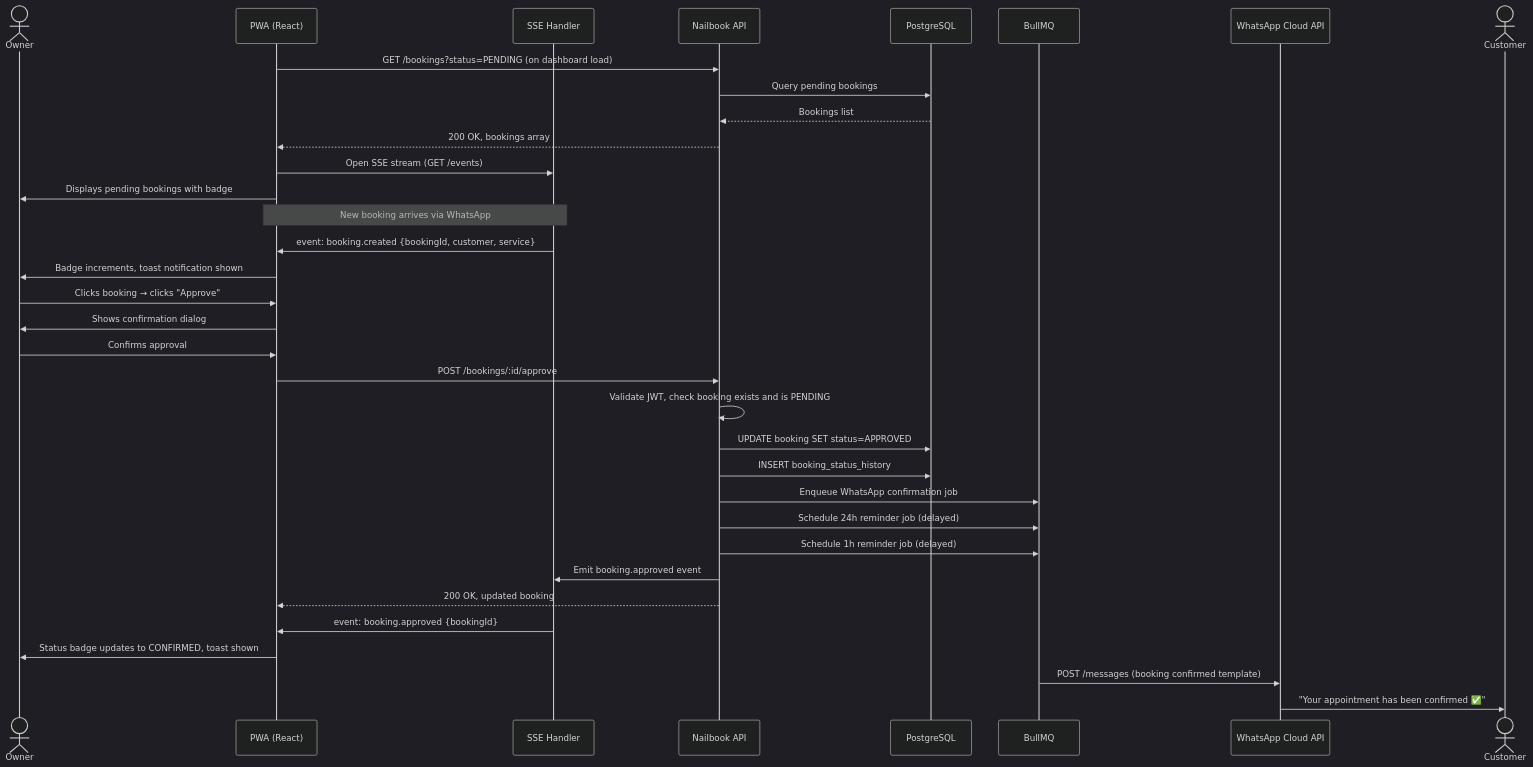
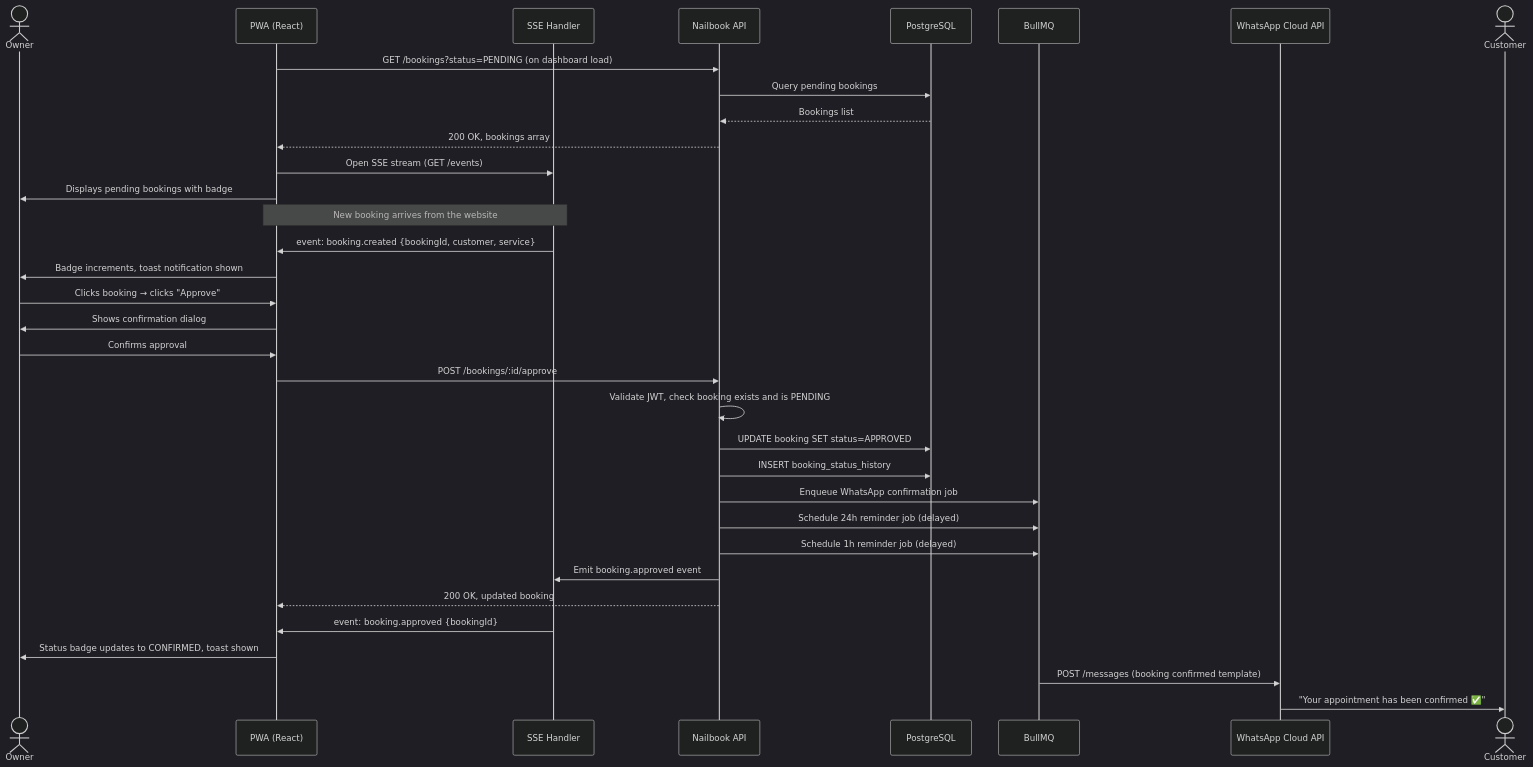
Before and after one commit to eva003n/Nailbook: the fifth of 7 diagrams in docs/ARCHITECTURE.md, drawn with Mermaid (dark theme). The commit also changed other lines of this file and 25 other files, not shown here.

````diff
--- a/docs/ARCHITECTURE.md
+++ b/docs/ARCHITECTURE.md
@@ -179,40 +158,40 @@
 ```mermaid
 sequenceDiagram
     actor Owner
     participant PWA as PWA (React)
     participant SSE as SSE Handler
     participant API as Nailbook API
     participant DB as PostgreSQL
     participant Queue as BullMQ
     participant WA as WhatsApp Cloud API
     actor Customer
 
     PWA->>API: GET /bookings?status=PENDING (on dashboard load)
     API->>DB: Query pending bookings
     DB-->>API: Bookings list
     API-->>PWA: 200 OK, bookings array
     PWA->>SSE: Open SSE stream (GET /events)
     PWA->>Owner: Displays pending bookings with badge
 
-    Note over SSE,PWA: New booking arrives via WhatsApp
+    Note over SSE,PWA: New booking arrives from the website
     SSE->>PWA: event: booking.created {bookingId, customer, service}
     PWA->>Owner: Badge increments, toast notification shown
 
     Owner->>PWA: Clicks booking → clicks "Approve"
     PWA->>Owner: Shows confirmation dialog
     Owner->>PWA: Confirms approval
     PWA->>API: POST /bookings/:id/approve
     API->>API: Validate JWT, check booking exists and is PENDING
     API->>DB: UPDATE booking SET status=APPROVED
     API->>DB: INSERT booking_status_history
     API->>Queue: Enqueue WhatsApp confirmation job
     API->>Queue: Schedule 24h reminder job (delayed)
     API->>Queue: Schedule 1h reminder job (delayed)
     API->>SSE: Emit booking.approved event
     API-->>PWA: 200 OK, updated booking
     SSE->>PWA: event: booking.approved {bookingId}
     PWA->>Owner: Status badge updates to CONFIRMED, toast shown
 
     Queue->>WA: POST /messages (booking confirmed template)
     WA->>Customer: "Your appointment has been confirmed ✅"
 ```
````
